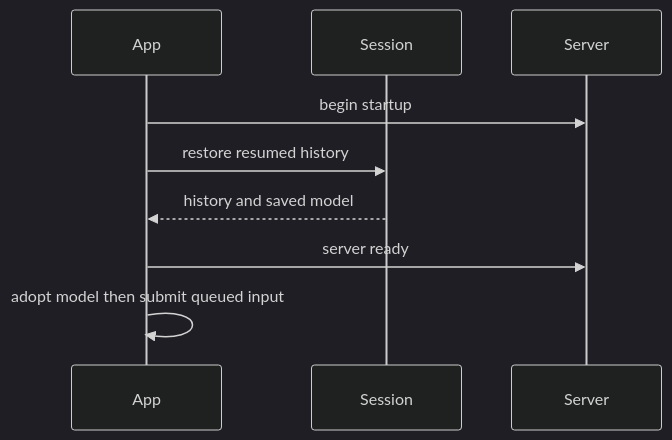
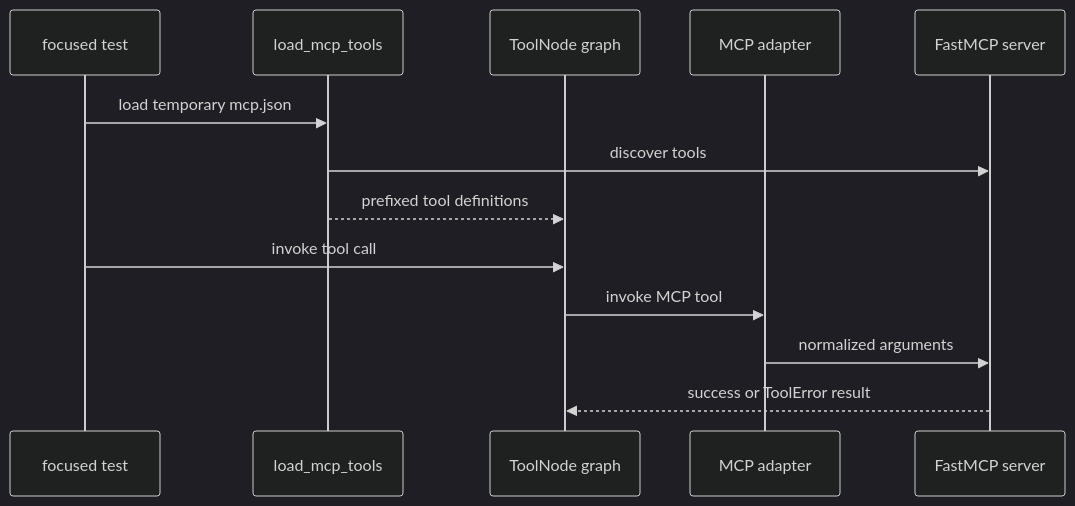
The second of 2 diagrams in openwiki/testing/testing-guide.md (langchain-ai/deepagents), drawn with Mermaid (dark theme) before and after one commit. The commit also changed other lines of this file and 26 other files, not shown here.

````diff
--- a/openwiki/testing/testing-guide.md
+++ b/openwiki/testing/testing-guide.md
@@ -126,11 +112,15 @@
 ```mermaid
 sequenceDiagram
-    participant App
-    participant Session
-    participant Server
-    App->>Server: begin startup
-    App->>Session: restore resumed history
-    Session-->>App: history and saved model
-    App->>Server: server ready
-    App->>App: adopt model then submit queued input
+    participant Test as focused test
+    participant Loader as load_mcp_tools
+    participant Graph as ToolNode graph
+    participant Adapter as MCP adapter
+    participant Server as FastMCP server
+    Test->>Loader: load temporary mcp.json
+    Loader->>Server: discover tools
+    Loader-->>Graph: prefixed tool definitions
+    Test->>Graph: invoke tool call
+    Graph->>Adapter: invoke MCP tool
+    Adapter->>Server: normalized arguments
+    Server-->>Graph: success or ToolError result
 ```
````
